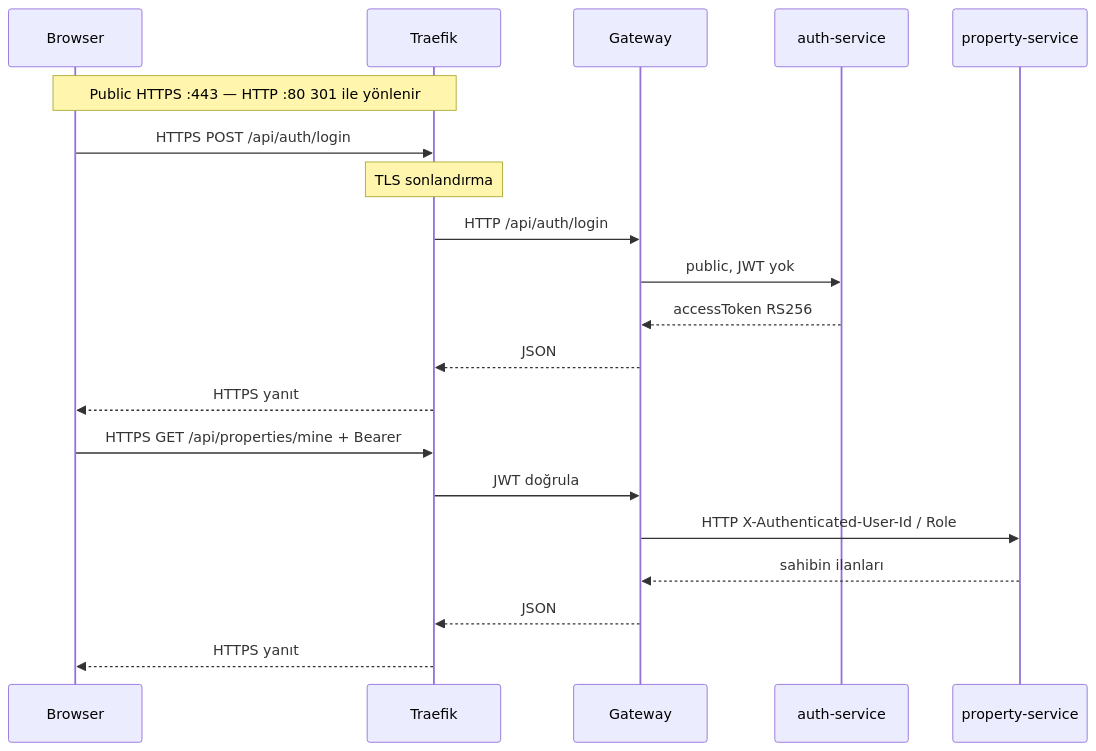
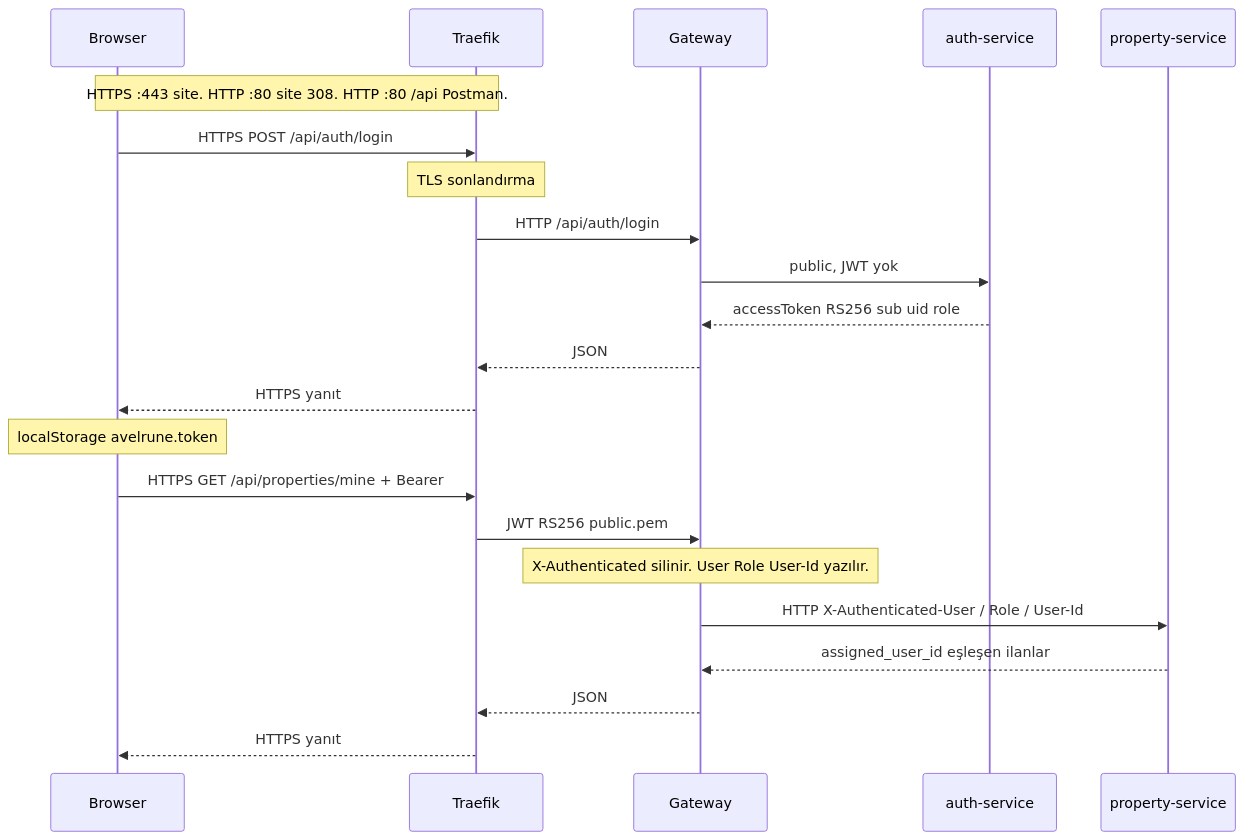
Before and after one commit to mrfatihgul/Avelrune: the diagram in docs/diagrams/jwt-flow.mmd, drawn with Mermaid. The commit also changed 19 other files, not shown here.

```diff
--- a/docs/diagrams/jwt-flow.mmd
+++ b/docs/diagrams/jwt-flow.mmd
@@ -1,22 +1,24 @@
 sequenceDiagram
   participant Browser
   participant Traefik
   participant Gateway
   participant Auth as auth-service
   participant Property as property-service
 
-  Note over Browser,Traefik: Public HTTPS :443 — HTTP :80 301 ile yönlenir
+  Note over Browser,Traefik: HTTPS :443 site. HTTP :80 site 308. HTTP :80 /api Postman.
   Browser->>Traefik: HTTPS POST /api/auth/login
   Note over Traefik: TLS sonlandırma
   Traefik->>Gateway: HTTP /api/auth/login
   Gateway->>Auth: public, JWT yok
-  Auth-->>Gateway: accessToken RS256
+  Auth-->>Gateway: accessToken RS256 sub uid role
   Gateway-->>Traefik: JSON
   Traefik-->>Browser: HTTPS yanıt
+  Note over Browser: localStorage avelrune.token
 
   Browser->>Traefik: HTTPS GET /api/properties/mine + Bearer
-  Traefik->>Gateway: JWT doğrula
-  Gateway->>Property: HTTP X-Authenticated-User-Id / Role
-  Property-->>Gateway: sahibin ilanları
+  Traefik->>Gateway: JWT RS256 public.pem
+  Note over Gateway: X-Authenticated silinir. User Role User-Id yazılır.
+  Gateway->>Property: HTTP X-Authenticated-User / Role / User-Id
+  Property-->>Gateway: assigned_user_id eşleşen ilanlar
   Gateway-->>Traefik: JSON
   Traefik-->>Browser: HTTPS yanıt
```
